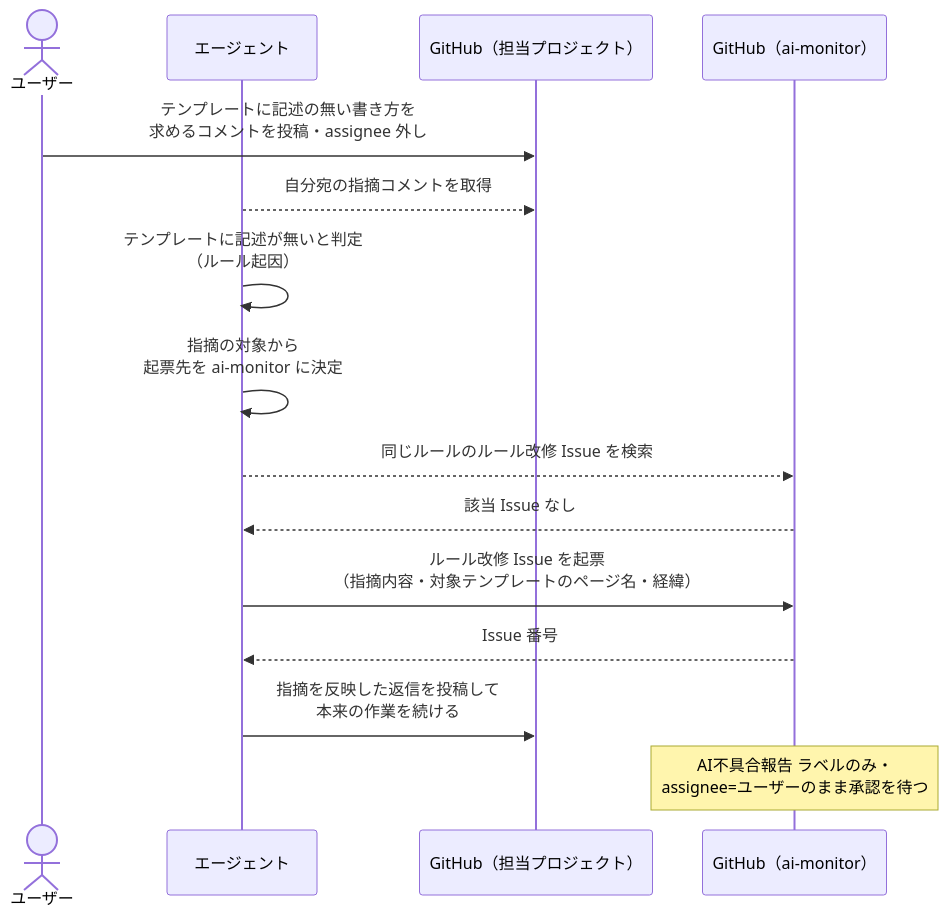
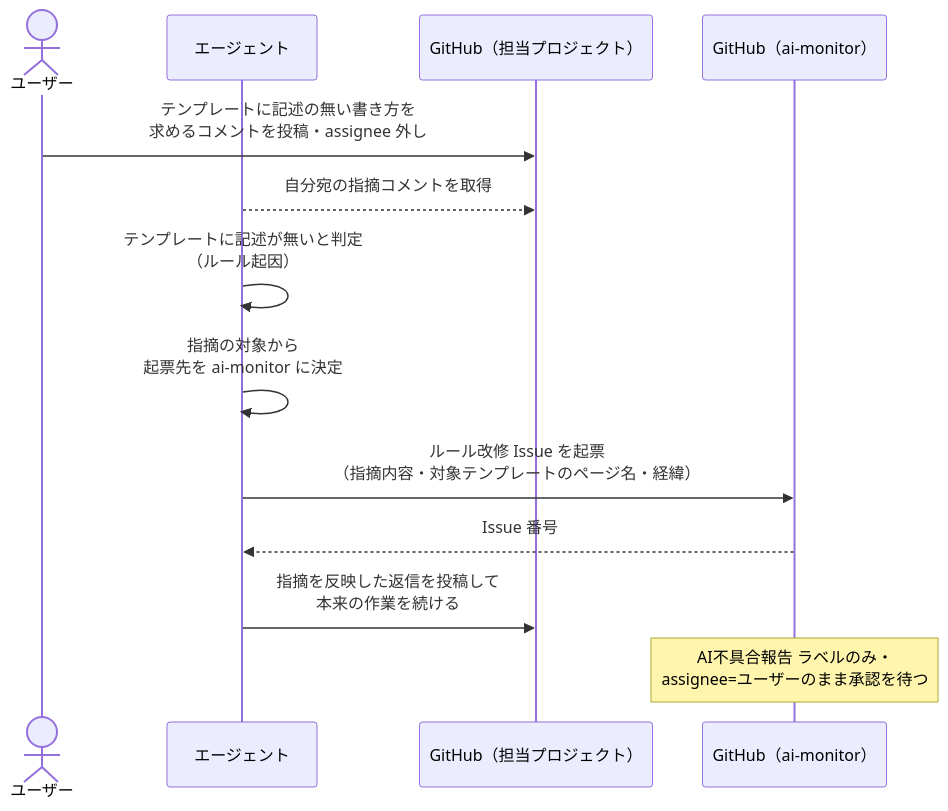
The second of 3 diagrams in docs/wiki/設計図/シナリオ/単一ユースケース/ルール改修Issueの起票.md (shuhei1101/ai-monitor), drawn with Mermaid before and after one commit. The commit also changed other lines of this file and 174 other files, not shown here.

````diff
--- a/docs/wiki/設計図/シナリオ/単一ユースケース/ルール改修Issueの起票.md
+++ b/docs/wiki/設計図/シナリオ/単一ユースケース/ルール改修Issueの起票.md
@@ -69,18 +67,16 @@
 ```mermaid
 sequenceDiagram
   actor U as ユーザー
   participant A as エージェント
   participant PJ as GitHub（担当プロジェクト）
   participant AM as GitHub（ai-monitor）
 
   U->>PJ: テンプレートに記述の無い書き方を<br>求めるコメントを投稿・assignee 外し
   A-->>PJ: 自分宛の指摘コメントを取得
   A->>A: テンプレートに記述が無いと判定<br>（ルール起因）
   A->>A: 指摘の対象から<br>起票先を ai-monitor に決定
-  A-->>AM: 同じルールのルール改修 Issue を検索
-  AM-->>A: 該当 Issue なし
   A->>AM: ルール改修 Issue を起票<br>（指摘内容・対象テンプレートのページ名・経緯）
   AM-->>A: Issue 番号
   A->>PJ: 指摘を反映した返信を投稿して<br>本来の作業を続ける
   Note over AM: AI不具合報告 ラベルのみ・<br>assignee=ユーザーのまま承認を待つ
 ```
````
